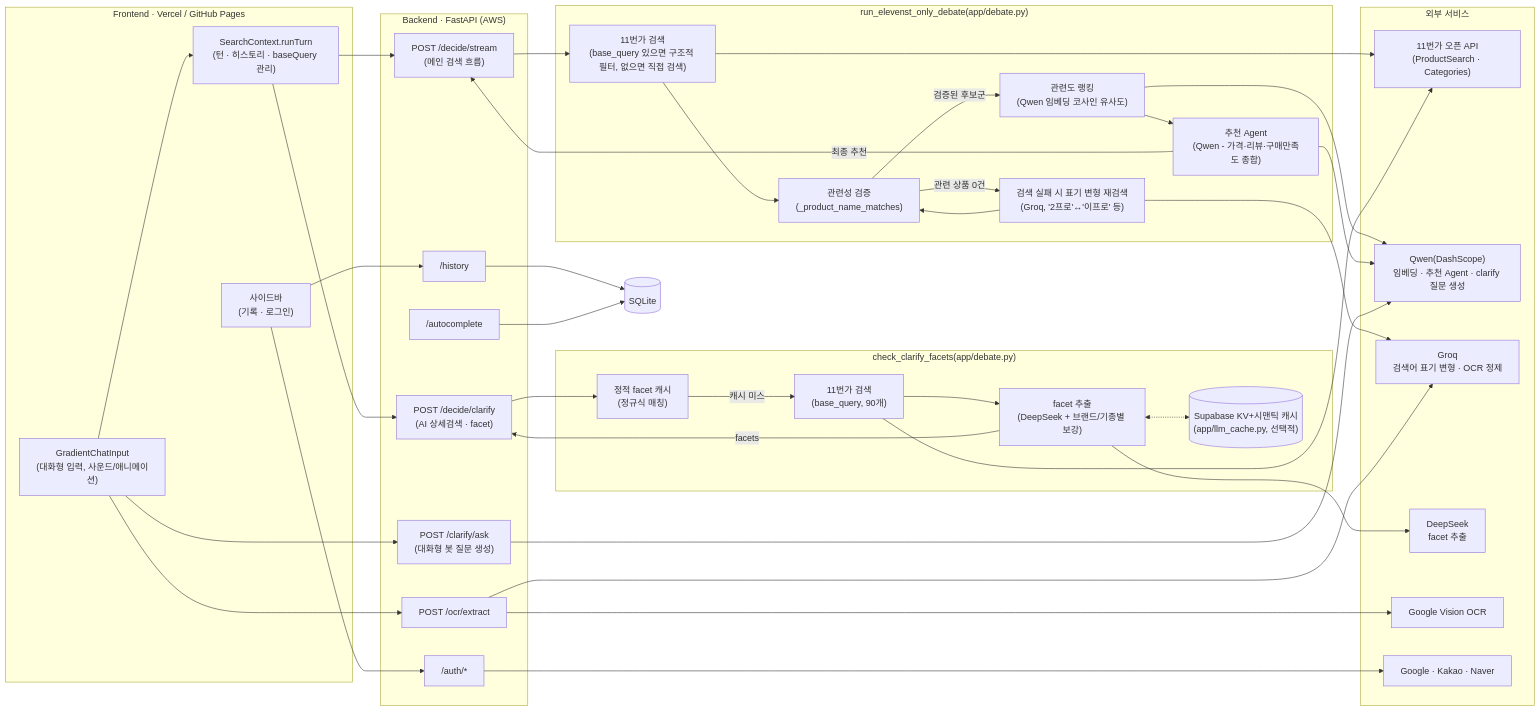
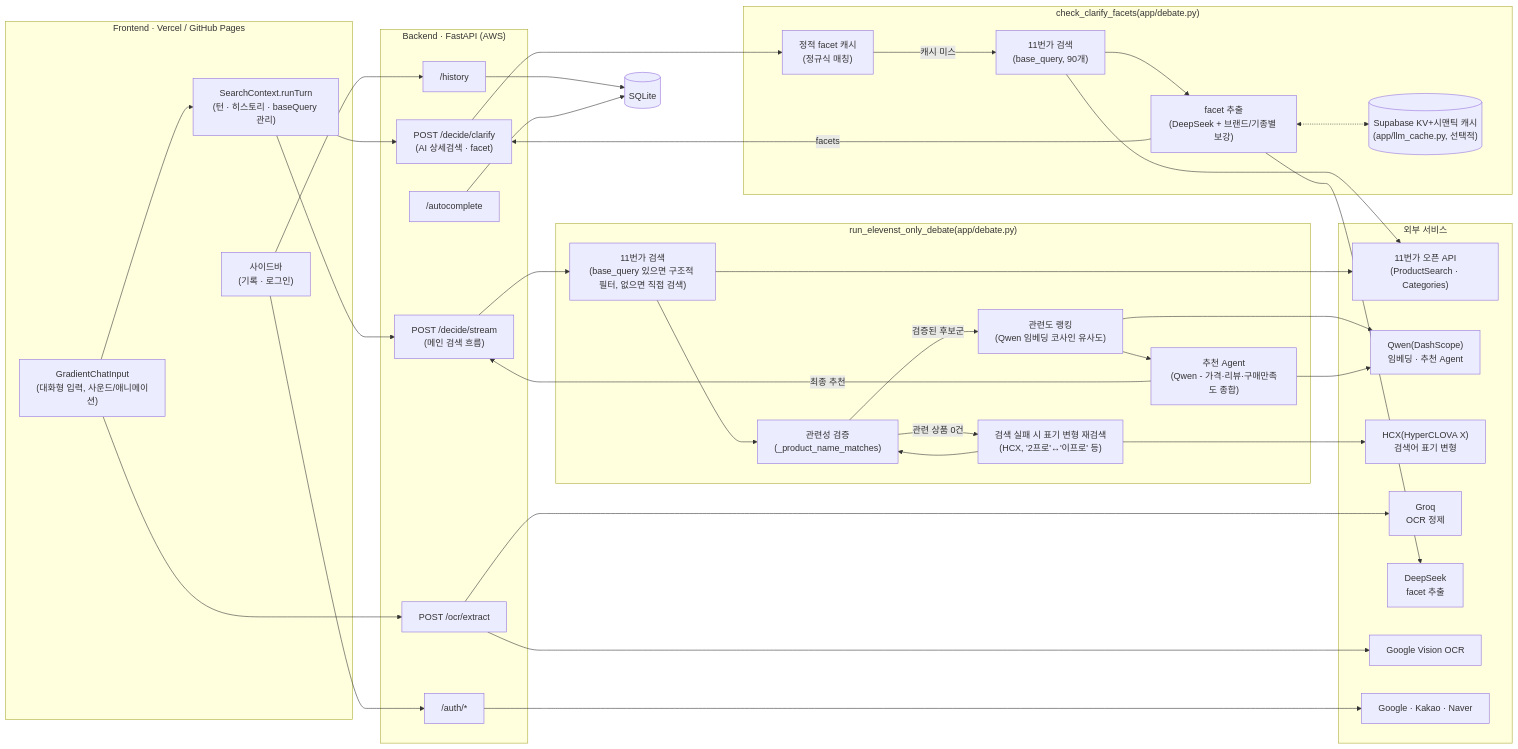
One commit to Alpha-pick00/Prototype-1- changed the first of 3 diagrams in README.md. Above: the diagram before and after it, drawn with Mermaid. The commit also changed other lines of this file, not shown here.

First line of the commit message:
README를 HCX 검색어 표기 변형 폴백 교체에 맞춰 갱신

````diff
--- a/README.md
+++ b/README.md
@@ -24,74 +24,72 @@
 ```mermaid
 flowchart LR
     subgraph FE["Frontend · Vercel / GitHub Pages"]
         GCI["GradientChatInput<br/>(대화형 입력, 사운드/애니메이션)"]
         CTX["SearchContext.runTurn<br/>(턴 · 히스토리 · baseQuery 관리)"]
         SB["사이드바<br/>(기록 · 로그인)"]
     end
 
     subgraph BE["Backend · FastAPI (AWS)"]
         DECIDE["POST /decide/stream<br/>(메인 검색 흐름)"]
         CLARIFYF["POST /decide/clarify<br/>(AI 상세검색 · facet)"]
-        CHAT["POST /clarify/ask<br/>(대화형 봇 질문 생성)"]
         OCR["POST /ocr/extract"]
         AUTH["/auth/*"]
         HIST["/history"]
         AC["/autocomplete"]
     end
 
     subgraph CORE["run_elevenst_only_debate(app/debate.py)"]
         SEARCH11["11번가 검색<br/>(base_query 있으면 구조적 필터, 없으면 직접 검색)"]
         VERIFY["관련성 검증<br/>(_product_name_matches)"]
-        VARIANT["검색 실패 시 표기 변형 재검색<br/>(Groq, '2프로'↔'이프로' 등)"]
+        VARIANT["검색 실패 시 표기 변형 재검색<br/>(HCX, '2프로'↔'이프로' 등)"]
         RANK["관련도 랭킹<br/>(Qwen 임베딩 코사인 유사도)"]
         RECOMMEND["추천 Agent<br/>(Qwen - 가격·리뷰·구매만족도 종합)"]
     end
 
     subgraph CLARIFY["check_clarify_facets(app/debate.py)"]
         CFCACHE["정적 facet 캐시<br/>(정규식 매칭)"]
         CFSEARCH["11번가 검색<br/>(base_query, 90개)"]
         CFEXTRACT["facet 추출<br/>(DeepSeek + 브랜드/기종별 보강)"]
         LLMCACHE[("Supabase KV+시맨틱 캐시<br/>(app/llm_cache.py, 선택적)")]
     end
 
     subgraph EXT["외부 서비스"]
         ELEVENST["11번가 오픈 API<br/>(ProductSearch · Categories)"]
-        QWEN["Qwen(DashScope)<br/>임베딩 · 추천 Agent · clarify 질문 생성"]
-        GROQ["Groq<br/>검색어 표기 변형 · OCR 정제"]
+        QWEN["Qwen(DashScope)<br/>임베딩 · 추천 Agent"]
+        HCX["HCX(HyperCLOVA X)<br/>검색어 표기 변형"]
+        GROQ["Groq<br/>OCR 정제"]
         DEEPSEEKAI["DeepSeek<br/>facet 추출"]
         VISION["Google Vision OCR"]
         OAUTH["Google · Kakao · Naver"]
     end
 
     DB[(SQLite)]
 
     GCI --> CTX
     CTX --> DECIDE
     CTX --> CLARIFYF
-    GCI --> CHAT
     GCI --> OCR
     SB --> AUTH
     SB --> HIST
 
     DECIDE --> SEARCH11 --> VERIFY
     VERIFY -- "관련 상품 0건" --> VARIANT --> VERIFY
     VERIFY -- "검증된 후보군" --> RANK --> RECOMMEND
     SEARCH11 --> ELEVENST
-    VARIANT --> GROQ
+    VARIANT --> HCX
     RANK --> QWEN
     RECOMMEND --> QWEN
     RECOMMEND -- 최종 추천 --> DECIDE
 
     CLARIFYF --> CFCACHE
     CFCACHE -- "캐시 미스" --> CFSEARCH --> ELEVENST
     CFSEARCH --> CFEXTRACT --> DEEPSEEKAI
     CFEXTRACT <-.-> LLMCACHE
     CFEXTRACT -- facets --> CLARIFYF
-    CHAT --> QWEN
 
     OCR --> VISION
     OCR --> GROQ
     AUTH --> OAUTH
     HIST --> DB
     AC --> DB
 ```
````
